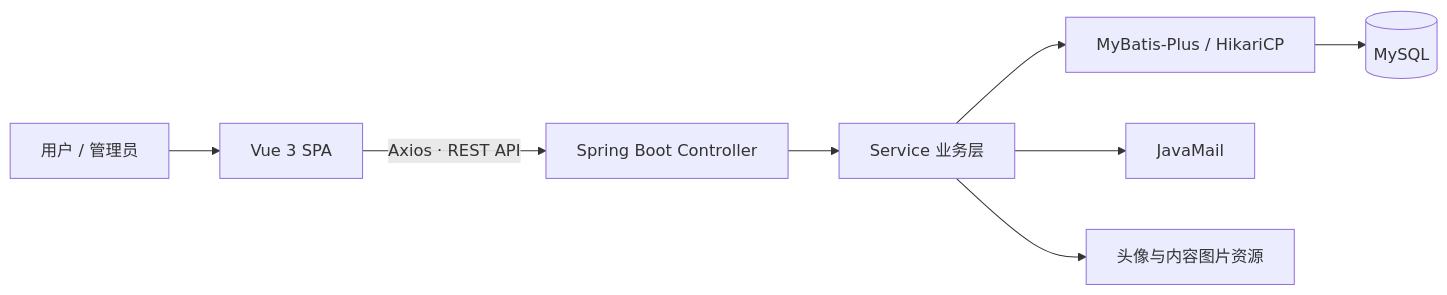
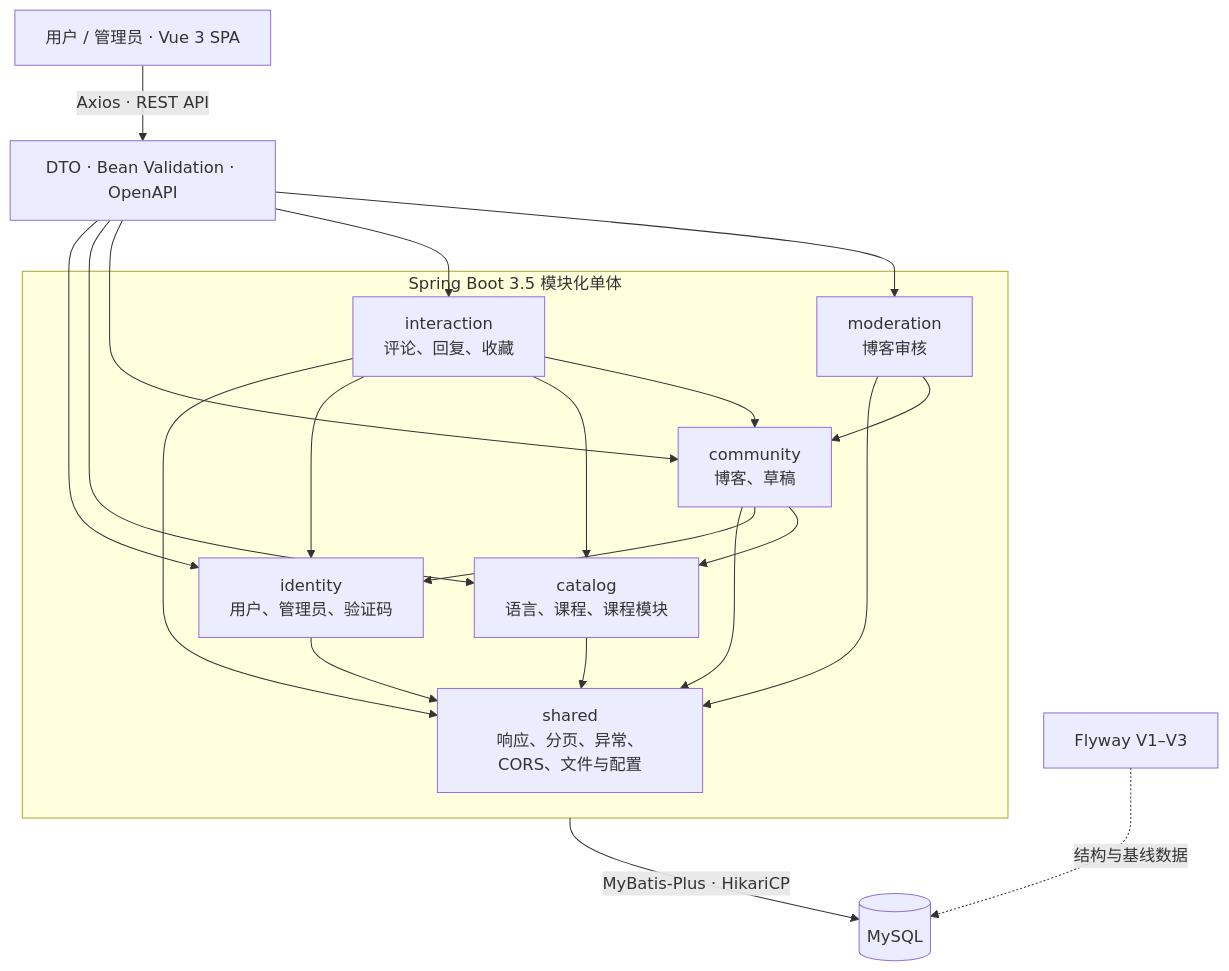
Before and after one commit to Jaily16/CC4C: the diagram in README.md, drawn with Mermaid. The commit also changed other lines of this file and 174 other files, not shown here.

````diff
--- a/README.md
+++ b/README.md
@@ -117,10 +118,33 @@
 ```mermaid
-flowchart LR
-    U[用户 / 管理员] --> V[Vue 3 SPA]
-    V -->|Axios · REST API| C[Spring Boot Controller]
-    C --> S[Service 业务层]
-    S --> M[MyBatis-Plus / HikariCP]
-    M --> D[(MySQL)]
-    S --> E[JavaMail]
-    S --> F[头像与内容图片资源]
+flowchart TB
+    Browser[用户 / 管理员 · Vue 3 SPA] -->|Axios · REST API| HTTP[DTO · Bean Validation · OpenAPI]
+
+    subgraph Backend[Spring Boot 3.5 模块化单体]
+        Shared[shared<br/>响应、分页、异常、CORS、文件与配置]
+        Identity[identity<br/>用户、管理员、验证码]
+        Catalog[catalog<br/>语言、课程、课程模块]
+        Community[community<br/>博客、草稿]
+        Interaction[interaction<br/>评论、回复、收藏]
+        Moderation[moderation<br/>博客审核]
+
+        Identity --> Shared
+        Catalog --> Shared
+        Community --> Shared
+        Community --> Identity
+        Community --> Catalog
+        Interaction --> Shared
+        Interaction --> Identity
+        Interaction --> Catalog
+        Interaction --> Community
+        Moderation --> Shared
+        Moderation --> Community
+    end
+
+    HTTP --> Identity
+    HTTP --> Catalog
+    HTTP --> Community
+    HTTP --> Interaction
+    HTTP --> Moderation
+    Backend -->|MyBatis-Plus · HikariCP| DB[(MySQL)]
+    Flyway[Flyway V1–V3] -. 结构与基线数据 .-> DB
 ```
````
